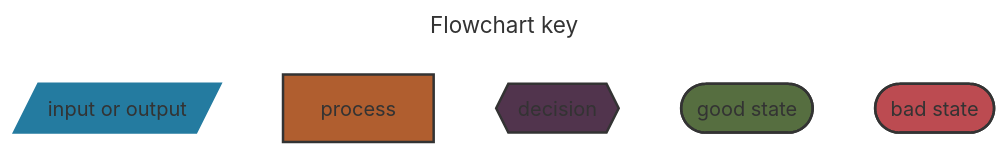
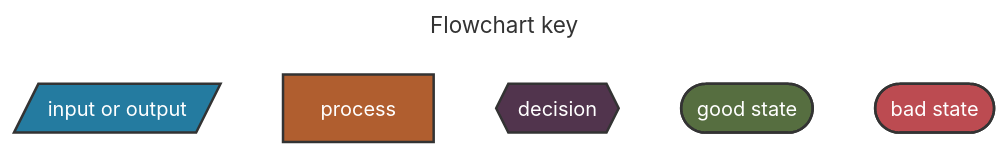
The first of 6 diagrams in toolkit/docs/how_it_works/0_intro.md (microsoft/azurelinux), drawn with Mermaid before and after one commit. The commit also changed other lines of this file, not shown here.

````diff
--- a/toolkit/docs/how_it_works/0_intro.md
+++ b/toolkit/docs/how_it_works/0_intro.md
@@ -7,19 +7,19 @@
 ```mermaid
 ---
 title: Flowchart key
 ---
 flowchart TD
     %% style definitions
-    classDef io fill:#247BA0,stroke:#247BA0,stroke-width:2px;
-    classDef process fill:#B05E2F,stroke:#333,stroke-width:2px;
-    classDef decision fill:#51344D,stroke:#333,stroke-width:2px;
-    classDef goodState fill:#566E40,stroke:#333,stroke-width:2px;
-    classDef badState fill:#BC4B51,stroke:#333,stroke-width:2px;
+    classDef io fill:#247BA0,stroke:#333,stroke-width:2px,color:#fff;
+    classDef process fill:#B05E2F,stroke:#333,stroke-width:2px,color:#fff;
+    classDef decision fill:#51344D,stroke:#333,stroke-width:2px,color:#fff;
+    classDef goodState fill:#566E40,stroke:#333,stroke-width:2px,color:#fff;
+    classDef badState fill:#BC4B51,stroke:#333,stroke-width:2px,color:#fff;
 
     %% node definitions
     input[/input or output/]:::io
     process[process]:::process
     decision{{decision}}:::decision
     goodstate([good state]):::goodState
     badstate([bad state]):::badState
 ```
````
